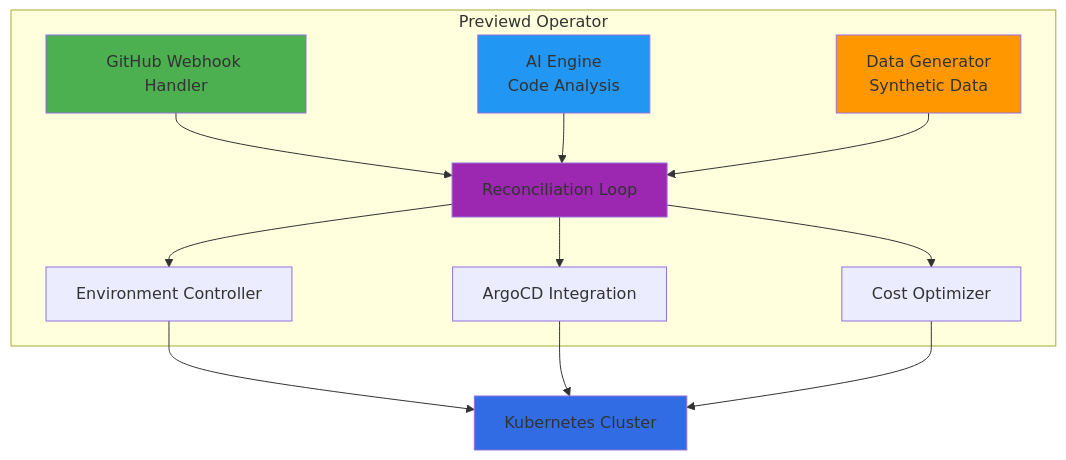
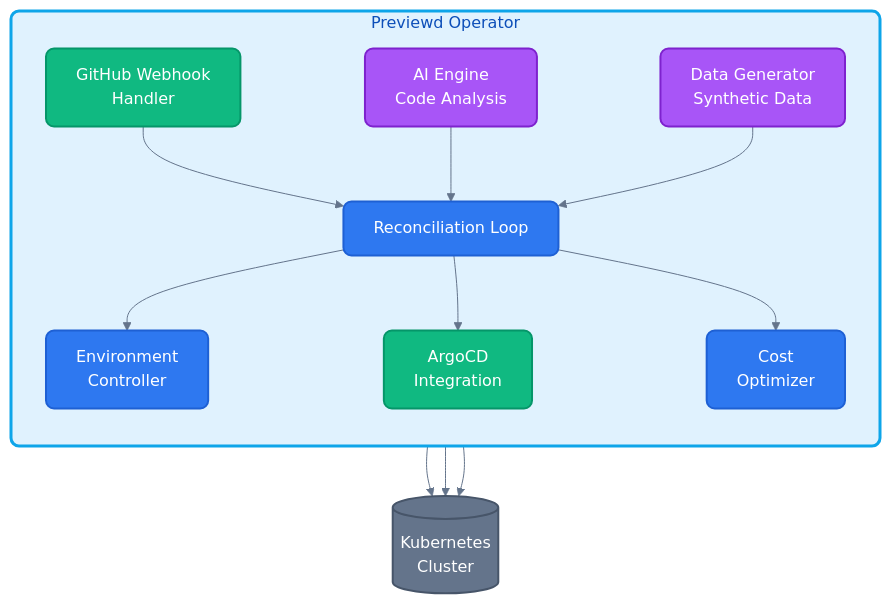
Before and after one commit to mikelane/previewd: the diagram in README.md, drawn with Mermaid.

Commit message:
docs: improve architecture diagram with professional mermaid styling
Upgrade architecture diagram using modern Mermaid best practices:
- Add theme configuration with base theme and custom color variables
- Replace deprecated `graph TB` with `flowchart TD`
- Use hex colors instead of color names (prevents silent failures)
- Apply semantic classDef categories (core, ai, integration, external)
- Add database shape for Kubernetes cluster
- Style operator subgraph with prominent border
- Use consistent stroke widths and corner radius
- Improve visual hierarchy and readability

````diff
--- a/README.md
+++ b/README.md
@@ -75,26 +75,36 @@
 ```mermaid
-graph TB
-    subgraph "Previewd Operator"
-        GH[GitHub Webhook Handler]
-        AI[AI Engine<br/>Code Analysis]
-        DG[Data Generator<br/>Synthetic Data]
+%%{init: {'theme': 'base', 'themeVariables': {
+  'primaryColor': '#2e78f0',
+  'primaryTextColor': '#fff',
+  'primaryBorderColor': '#1e60d4',
+  'lineColor': '#64748b',
+  'secondaryColor': '#f1f5f9'
+}}}%%
 
-        GH --> RL[Reconciliation Loop]
+flowchart TD
+    subgraph Operator["Previewd Operator"]
+        direction TB
+        GH[GitHub Webhook<br/>Handler]:::integration
+        AI[AI Engine<br/>Code Analysis]:::ai
+        DG[Data Generator<br/>Synthetic Data]:::ai
+
+        GH --> RL[Reconciliation Loop]:::core
         AI --> RL
         DG --> RL
 
-        RL --> EC[Environment Controller]
-        RL --> ARGO[ArgoCD Integration]
-        RL --> CO[Cost Optimizer]
+        RL --> EC[Environment<br/>Controller]:::core
+        RL --> ARGO[ArgoCD<br/>Integration]:::integration
+        RL --> CO[Cost<br/>Optimizer]:::core
     end
 
-    EC --> K8S[Kubernetes Cluster]
+    EC --> K8S[(Kubernetes<br/>Cluster)]:::external
     ARGO --> K8S
     CO --> K8S
 
-    style GH fill:#4CAF50
-    style AI fill:#2196F3
-    style DG fill:#FF9800
-    style RL fill:#9C27B0
-    style K8S fill:#326CE5
+    style Operator fill:#e0f2fe,stroke:#0ea5e9,stroke-width:3px,rx:8,ry:8
+
+    classDef core fill:#2e78f0,stroke:#1e60d4,color:#fff,stroke-width:2px,rx:8,ry:8
+    classDef ai fill:#a855f7,stroke:#7e22ce,color:#fff,stroke-width:2px,rx:8,ry:8
+    classDef integration fill:#10b981,stroke:#059669,color:#fff,stroke-width:2px,rx:8,ry:8
+    classDef external fill:#64748b,stroke:#475569,color:#fff,stroke-width:2px,rx:8,ry:8
 ```
````
